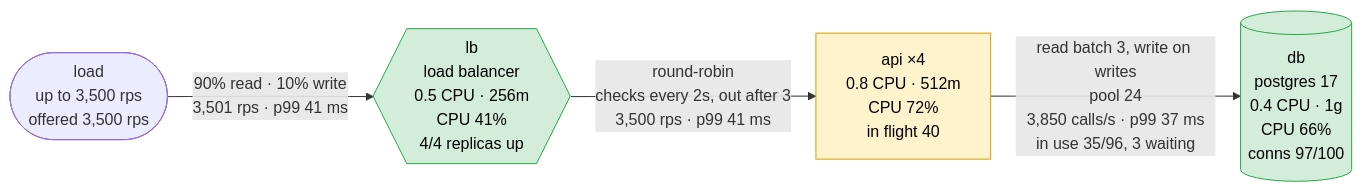
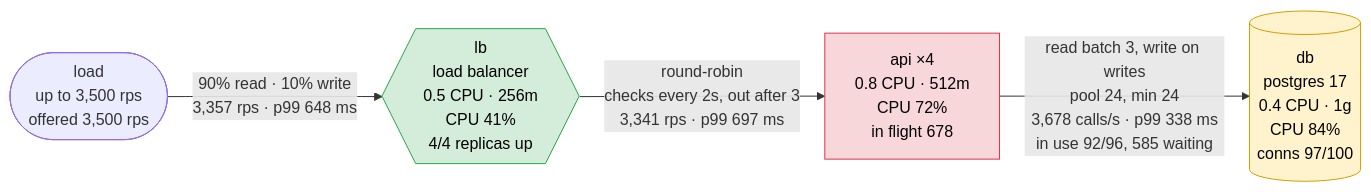
One commit to akinfemi/load-lore changed the first of 5 diagrams in scenarios/when-to-scale-your-database/solutions/one-query-per-page/report.md. Above: the diagram before and after it, drawn with Mermaid. The commit also changed other lines of this file and 71 other files, not shown here.

First line of the commit message:
Re-measure the library on rules version 21; warm-pool storms are reconnections

````diff
--- a/scenarios/when-to-scale-your-database/solutions/one-query-per-page/report.md
+++ b/scenarios/when-to-scale-your-database/solutions/one-query-per-page/report.md
@@ -17,15 +17,16 @@
 ```mermaid
 flowchart LR
     load(["load<br/>up to 3,500 rps<br/>offered 3,500 rps"])
     lb{{"lb<br/>load balancer<br/>0.5 CPU · 256m<br/>CPU 41%<br/>4/4 replicas up"}}
-    api["api ×4<br/>0.8 CPU · 512m<br/>CPU 72%<br/>in flight 40"]
-    db[("db<br/>postgres 17<br/>0.4 CPU · 1g<br/>CPU 66%<br/>conns 97/100")]
-    load -->|"90% read · 10% write<br/>3,501 rps · p99 41 ms"| lb
-    lb -->|"round-robin<br/>checks every 2s, out after 3<br/>3,500 rps · p99 41 ms"| api
-    api -->|"read batch 3, write on writes<br/>pool 24<br/>3,850 calls/s · p99 37 ms<br/>in use 35/96, 3 waiting"| db
+    api["api ×4<br/>0.8 CPU · 512m<br/>CPU 72%<br/>in flight 678"]
+    db[("db<br/>postgres 17<br/>0.4 CPU · 1g<br/>CPU 84%<br/>conns 97/100")]
+    load -->|"90% read · 10% write<br/>3,357 rps · p99 648 ms"| lb
+    lb -->|"round-robin<br/>checks every 2s, out after 3<br/>3,341 rps · p99 697 ms"| api
+    api -->|"read batch 3, write on writes<br/>pool 24, min 24<br/>3,678 calls/s · p99 338 ms<br/>in use 92/96, 585 waiting"| db
     classDef ok fill:#d4edda,stroke:#28a745,color:#000
     classDef warm fill:#fff3cd,stroke:#d39e00,color:#000
     classDef hot fill:#f8d7da,stroke:#dc3545,color:#000
-    class lb,db ok
-    class api warm
+    class lb ok
+    class api hot
+    class db warm
 ```
````
